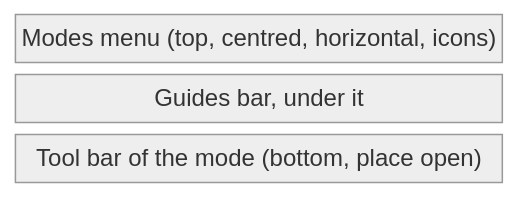
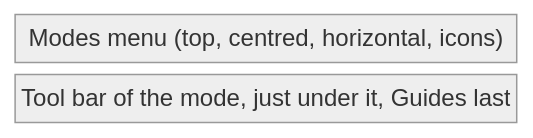
The second of 3 diagrams in symbols/03-editor/README.md (AlexandreGallais/synoptic-studio-spec), drawn with Mermaid (neutral theme) before and after one commit. The commit also changed other lines of this file and 32 other files, not shown here.

````diff
--- a/symbols/03-editor/README.md
+++ b/symbols/03-editor/README.md
@@ -27,7 +26,6 @@
 ```mermaid
 block-beta
     columns 3
     space modes["Modes menu (top, centred, horizontal, icons)"] space
-    space guides["Guides bar, under it"] space
-    space tools["Tool bar of the mode (bottom, place open)"] space
+    space tools["Tool bar of the mode, just under it, Guides last"] space
 ```
````
